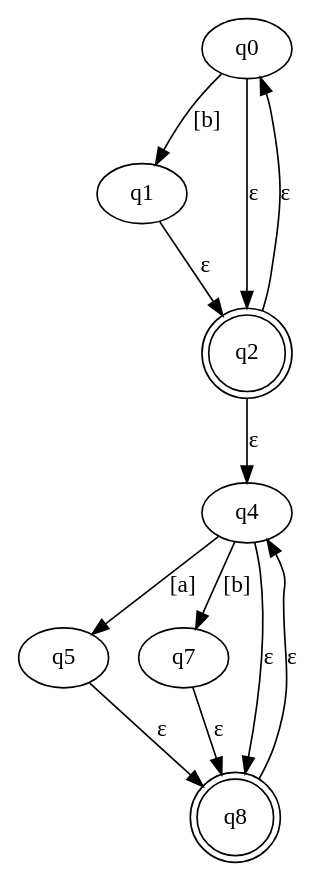
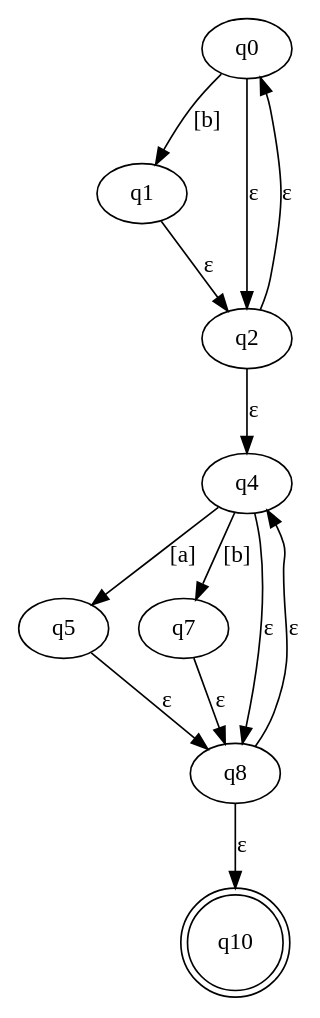
The diagram in NDFA.dot (bas200o/formele-methoden), drawn with Graphviz before and after one commit. The commit also changed 2 other files, not shown here.

```diff
--- a/NDFA.dot
+++ b/NDFA.dot
@@ -1,20 +1,22 @@
 digraph ndfa {
 IDq0 [label="q0"];
 IDq1 [label="q1"];
-IDq2 [shape = doublecircle] [label="q2"];
+IDq2 [label="q2"];
 IDq4 [label="q4"];
 IDq5 [label="q5"];
 IDq7 [label="q7"];
-IDq8 [shape = doublecircle] [label="q8"];
+IDq8 [label="q8"];
+IDq10 [shape = doublecircle] [label="q10"];
 IDq0 -> IDq1 [label="[b]"];
 IDq0 -> IDq2 [label="ε"];
 IDq1 -> IDq2 [label="ε"];
 IDq2 -> IDq0 [label="ε"];
 IDq2 -> IDq4 [label="ε"];
 IDq4 -> IDq5 [label="[a]"];
 IDq4 -> IDq7 [label="[b]"];
 IDq4 -> IDq8 [label="ε"];
 IDq5 -> IDq8 [label="ε"];
 IDq7 -> IDq8 [label="ε"];
 IDq8 -> IDq4 [label="ε"];
+IDq8 -> IDq10 [label="ε"];
 }
```
